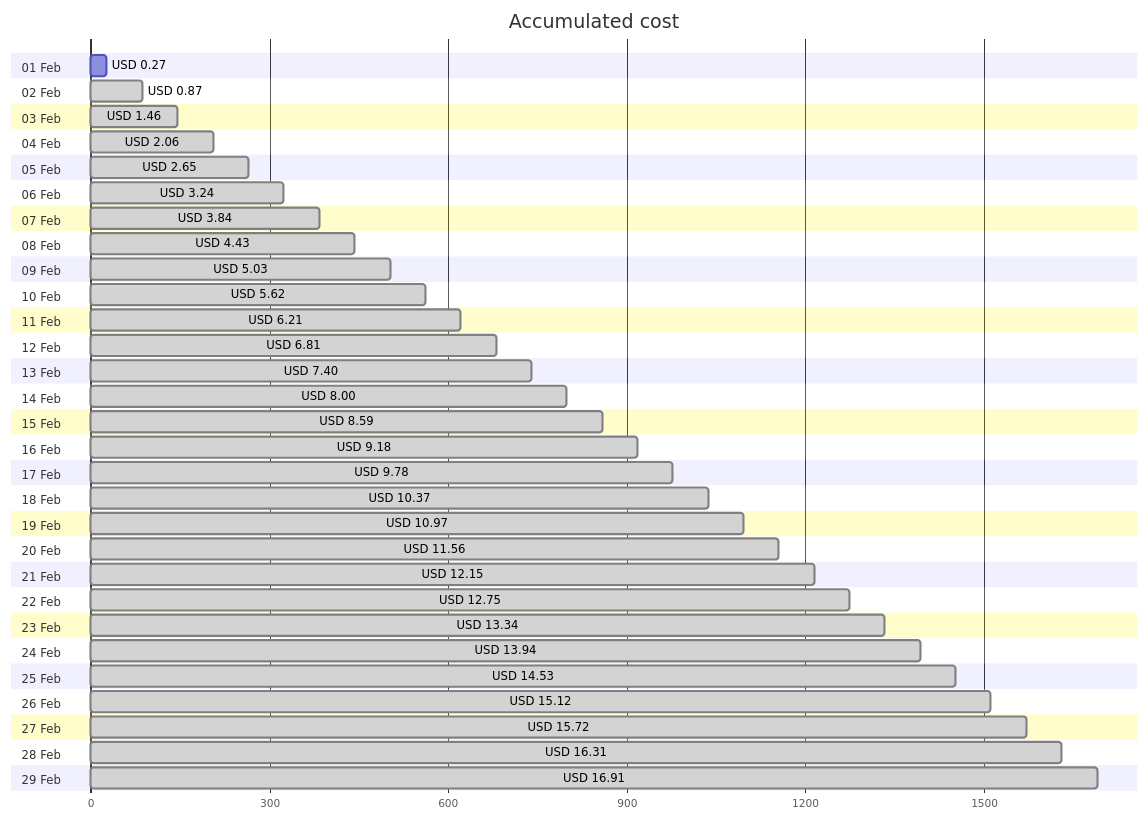
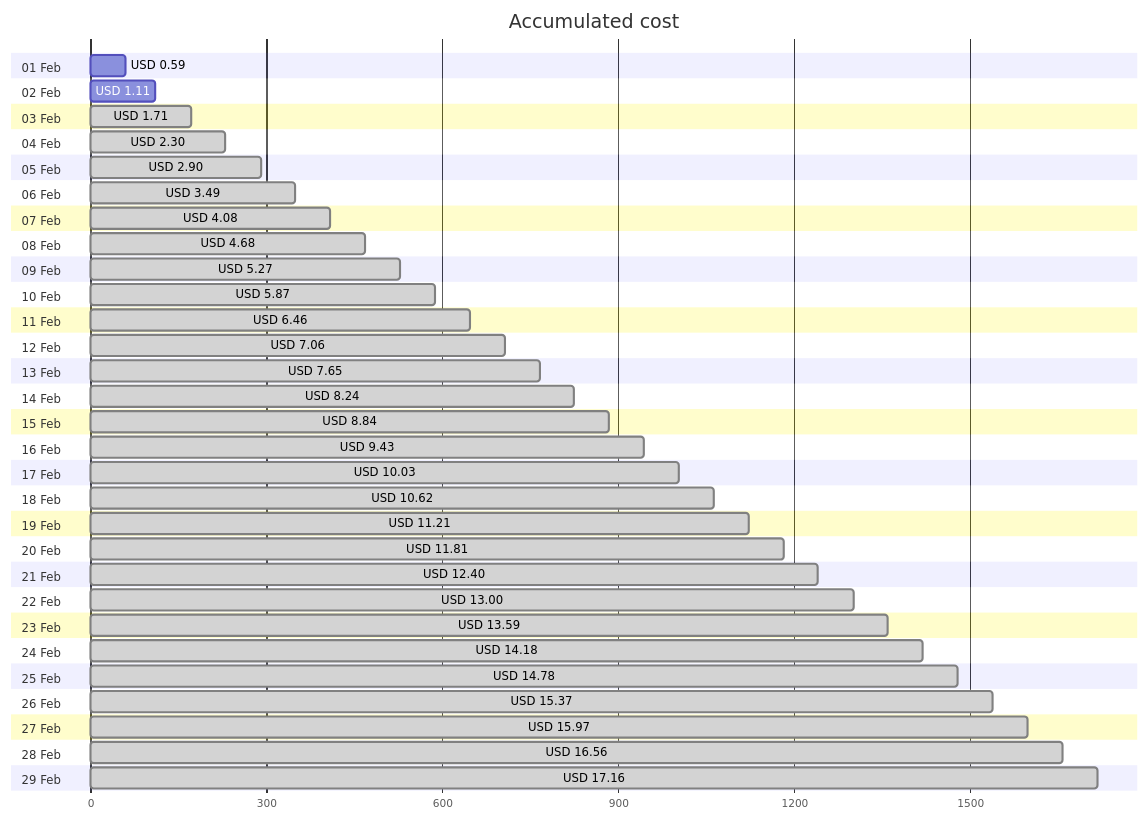
The first of 4 diagrams in cost-reports/personal-site/README.md (jpfulton/azure-personal-reports), drawn with Mermaid before and after one commit. The commit also changed other lines of this file and 6 other files, not shown here.

````diff
--- a/cost-reports/personal-site/README.md
+++ b/cost-reports/personal-site/README.md
@@ -20,64 +20,64 @@
 ```mermaid
 gantt
    title Accumulated cost
    dateFormat  X
    axisFormat %s
    section 01 Feb
-   USD 0.27 :0, 27
+   USD 0.59 :0, 59
    section 02 Feb
-   USD 0.87 : done, 0, 87
+   USD 1.11 :0, 111
    section 03 Feb
-   USD 1.46 : done, 0, 146
+   USD 1.71 : done, 0, 171
    section 04 Feb
-   USD 2.06 : done, 0, 206
+   USD 2.30 : done, 0, 230
    section 05 Feb
-   USD 2.65 : done, 0, 265
+   USD 2.90 : done, 0, 290
    section 06 Feb
-   USD 3.24 : done, 0, 324
+   USD 3.49 : done, 0, 349
    section 07 Feb
-   USD 3.84 : done, 0, 384
+   USD 4.08 : done, 0, 408
    section 08 Feb
-   USD 4.43 : done, 0, 443
+   USD 4.68 : done, 0, 468
    section 09 Feb
-   USD 5.03 : done, 0, 503
+   USD 5.27 : done, 0, 527
    section 10 Feb
-   USD 5.62 : done, 0, 562
+   USD 5.87 : done, 0, 587
    section 11 Feb
-   USD 6.21 : done, 0, 621
+   USD 6.46 : done, 0, 646
    section 12 Feb
-   USD 6.81 : done, 0, 681
+   USD 7.06 : done, 0, 706
    section 13 Feb
-   USD 7.40 : done, 0, 740
+   USD 7.65 : done, 0, 765
    section 14 Feb
-   USD 8.00 : done, 0, 800
+   USD 8.24 : done, 0, 824
    section 15 Feb
-   USD 8.59 : done, 0, 859
+   USD 8.84 : done, 0, 884
    section 16 Feb
-   USD 9.18 : done, 0, 918
+   USD 9.43 : done, 0, 943
    section 17 Feb
-   USD 9.78 : done, 0, 978
+   USD 10.03 : done, 0, 1003
    section 18 Feb
-   USD 10.37 : done, 0, 1037
+   USD 10.62 : done, 0, 1062
    section 19 Feb
-   USD 10.97 : done, 0, 1097
+   USD 11.21 : done, 0, 1121
    section 20 Feb
-   USD 11.56 : done, 0, 1156
+   USD 11.81 : done, 0, 1181
    section 21 Feb
-   USD 12.15 : done, 0, 1215
+   USD 12.40 : done, 0, 1240
    section 22 Feb
-   USD 12.75 : done, 0, 1275
+   USD 13.00 : done, 0, 1300
    section 23 Feb
-   USD 13.34 : done, 0, 1334
+   USD 13.59 : done, 0, 1359
    section 24 Feb
-   USD 13.94 : done, 0, 1394
+   USD 14.18 : done, 0, 1418
    section 25 Feb
-   USD 14.53 : done, 0, 1453
+   USD 14.78 : done, 0, 1478
    section 26 Feb
-   USD 15.12 : done, 0, 1512
+   USD 15.37 : done, 0, 1537
    section 27 Feb
-   USD 15.72 : done, 0, 1572
+   USD 15.97 : done, 0, 1597
    section 28 Feb
-   USD 16.31 : done, 0, 1631
+   USD 16.56 : done, 0, 1656
    section 29 Feb
-   USD 16.91 : done, 0, 1691
+   USD 17.16 : done, 0, 1716
 ```
````
